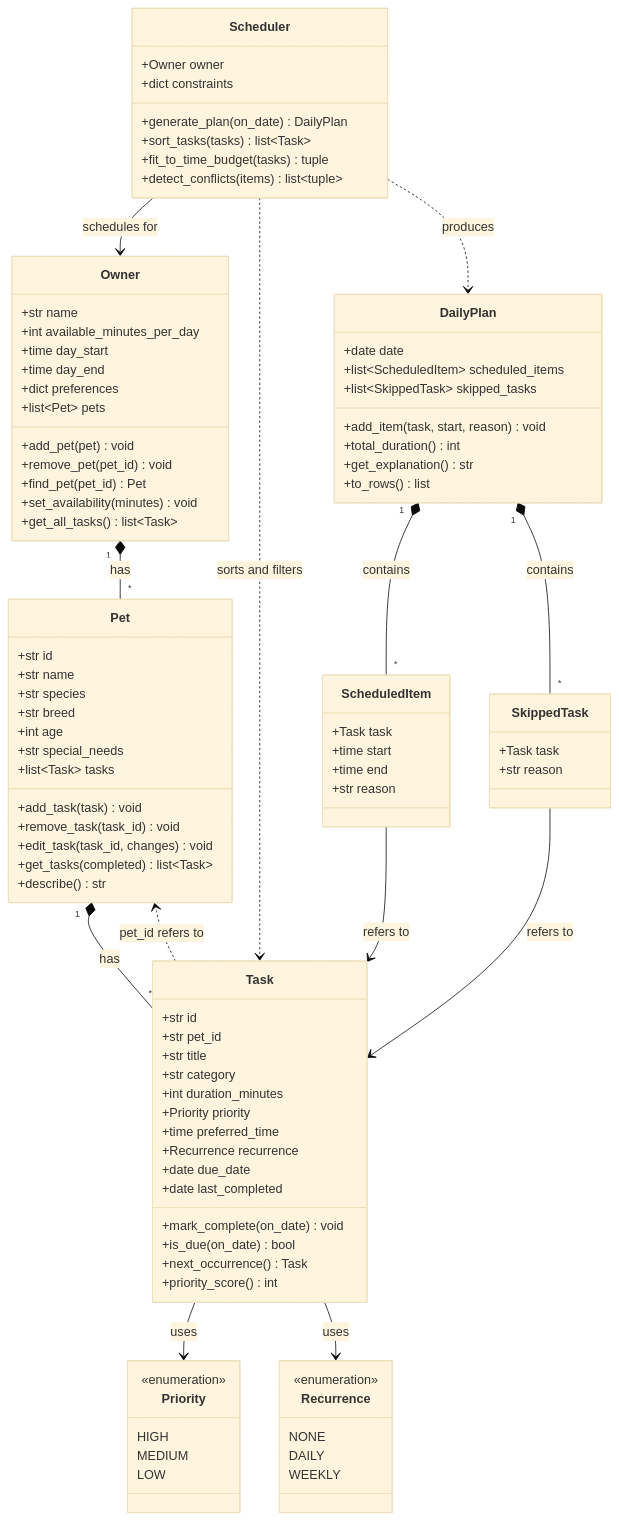
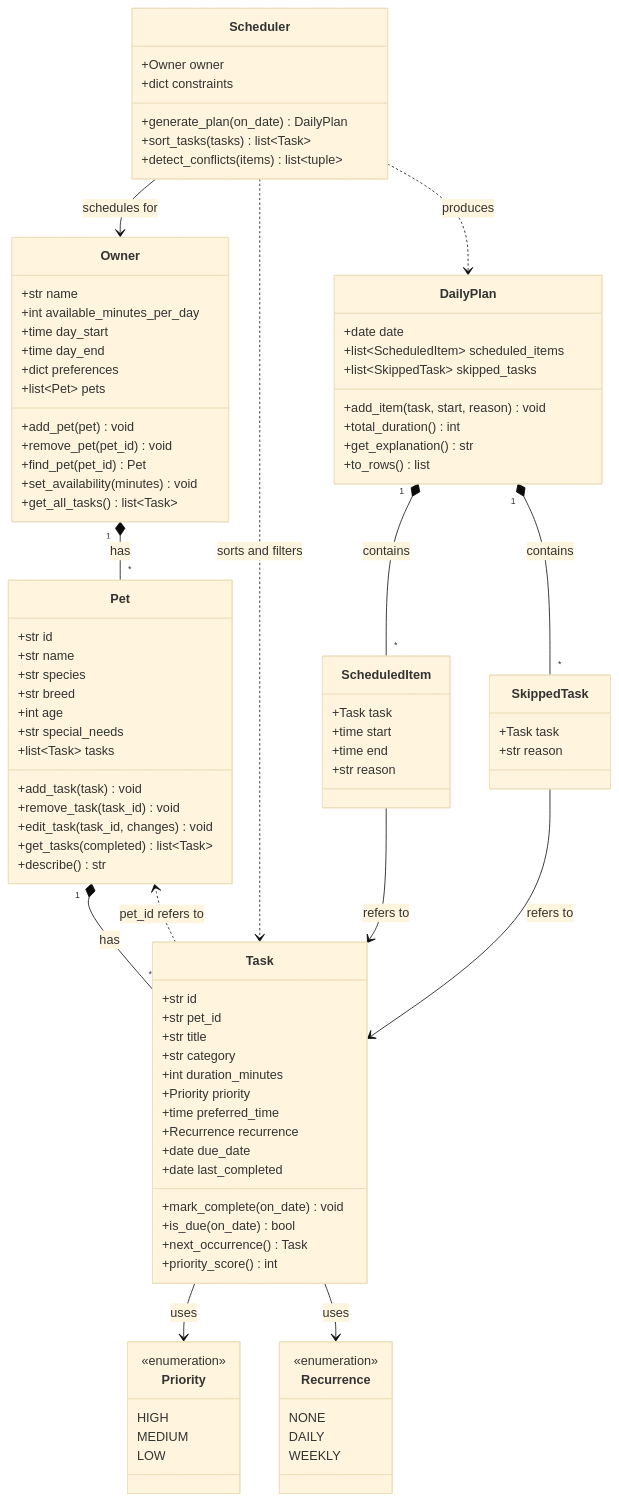
One commit to karensprojects22/ai110-module2show-pawpal-starter changed the diagram in diagrams/uml.mmd. Above: the diagram before and after it, drawn with Mermaid (base theme). The commit also changed 1 other file, not shown here.

Commit message:
docs: update README test output and UML after scheduler fixes

```diff
--- a/diagrams/uml.mmd
+++ b/diagrams/uml.mmd
@@ -1,104 +1,103 @@
 classDiagram
     class Priority {
         <<enumeration>>
         HIGH
         MEDIUM
         LOW
     }
 
     class Recurrence {
         <<enumeration>>
         NONE
         DAILY
         WEEKLY
     }
 
     class Owner {
         +str name
         +int available_minutes_per_day
         +time day_start
         +time day_end
         +dict preferences
         +list~Pet~ pets
         +add_pet(pet) void
         +remove_pet(pet_id) void
         +find_pet(pet_id) Pet
         +set_availability(minutes) void
         +get_all_tasks() list~Task~
     }
 
     class Pet {
         +str id
         +str name
         +str species
         +str breed
         +int age
         +str special_needs
         +list~Task~ tasks
         +add_task(task) void
         +remove_task(task_id) void
         +edit_task(task_id, changes) void
         +get_tasks(completed) list~Task~
         +describe() str
     }
 
     class Task {
         +str id
         +str pet_id
         +str title
         +str category
         +int duration_minutes
         +Priority priority
         +time preferred_time
         +Recurrence recurrence
         +date due_date
         +date last_completed
         +mark_complete(on_date) void
         +is_due(on_date) bool
         +next_occurrence() Task
         +priority_score() int
     }
 
     class Scheduler {
         +Owner owner
         +dict constraints
         +generate_plan(on_date) DailyPlan
         +sort_tasks(tasks) list~Task~
-        +fit_to_time_budget(tasks) tuple
         +detect_conflicts(items) list~tuple~
     }
 
     class ScheduledItem {
         +Task task
         +time start
         +time end
         +str reason
     }
 
     class SkippedTask {
         +Task task
         +str reason
     }
 
     class DailyPlan {
         +date date
         +list~ScheduledItem~ scheduled_items
         +list~SkippedTask~ skipped_tasks
         +add_item(task, start, reason) void
         +total_duration() int
         +get_explanation() str
         +to_rows() list
     }
 
     Owner "1" *-- "*" Pet : has
     Pet "1" *-- "*" Task : has
     Task ..> Pet : pet_id refers to
     Task --> Priority : uses
     Task --> Recurrence : uses
     Scheduler --> Owner : schedules for
     Scheduler ..> Task : sorts and filters
     Scheduler ..> DailyPlan : produces
     DailyPlan "1" *-- "*" ScheduledItem : contains
     DailyPlan "1" *-- "*" SkippedTask : contains
     ScheduledItem --> Task : refers to
     SkippedTask --> Task : refers to
```
